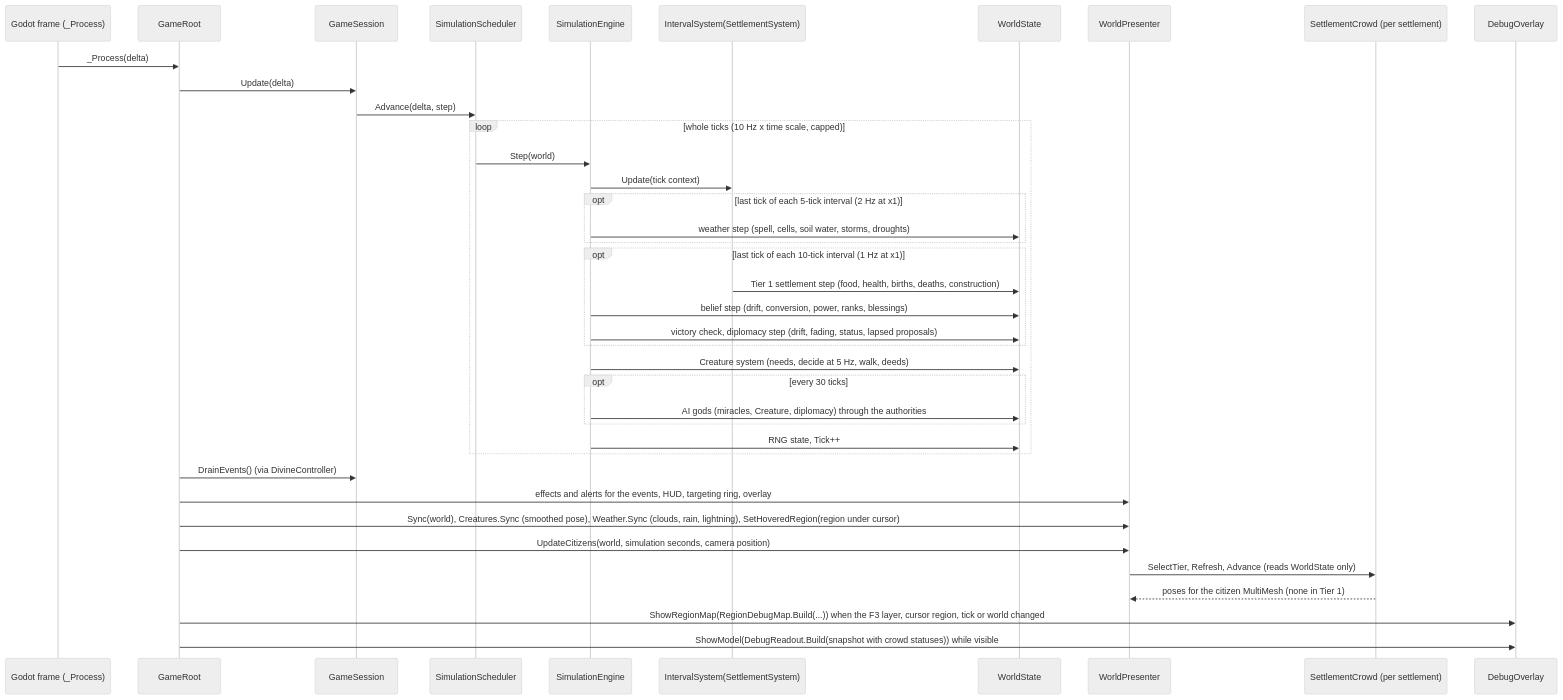
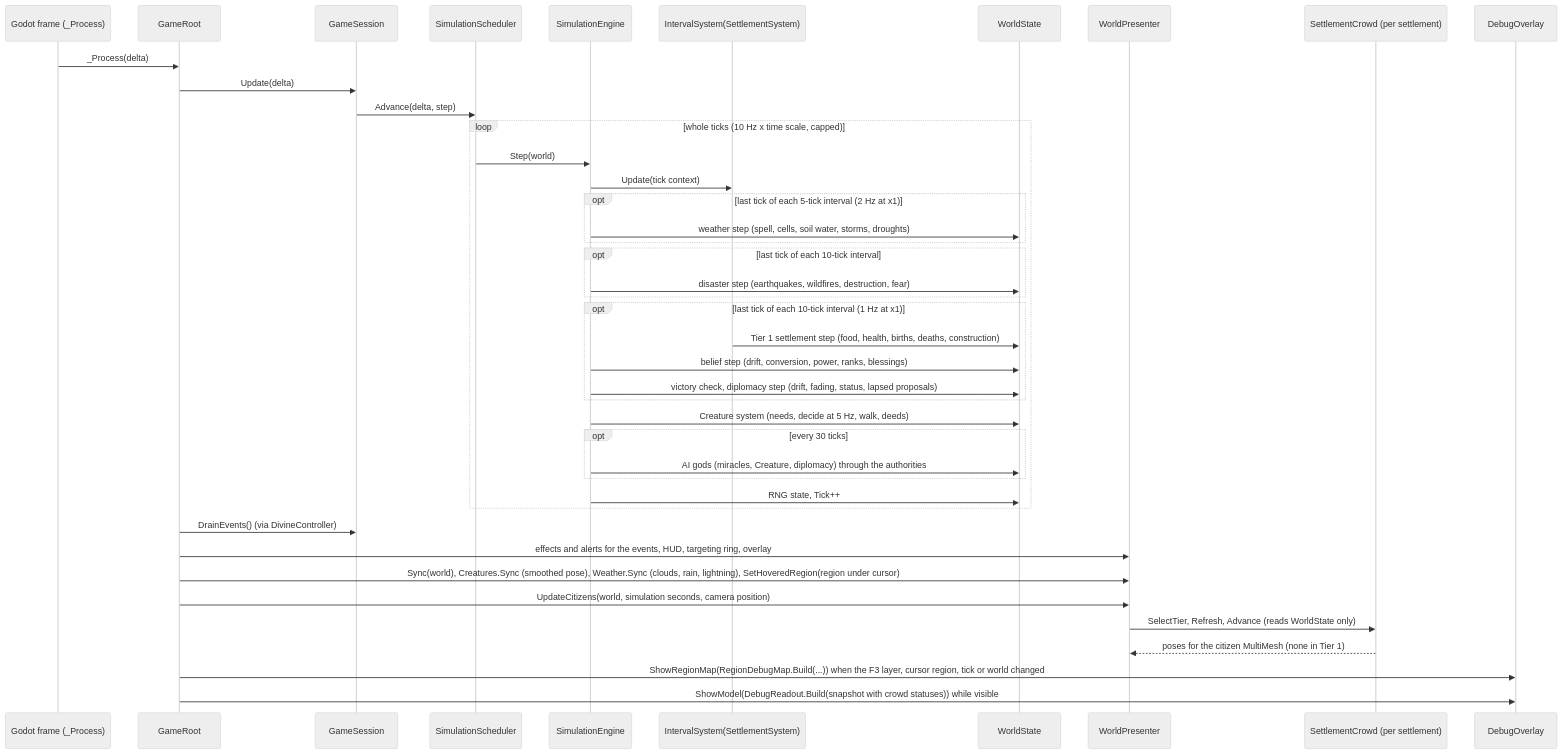
One commit to roeyazroel/pantheon changed the second of 12 diagrams in docs/ARCHITECTURE.md. Above: the diagram before and after it, drawn with Mermaid (neutral theme). The commit also changed other lines of this file and 112 other files, not shown here.

````diff
--- a/docs/ARCHITECTURE.md
+++ b/docs/ARCHITECTURE.md
@@ -368,42 +389,45 @@
 ```mermaid
 sequenceDiagram
     participant Godot as Godot frame (_Process)
     participant Root as GameRoot
     participant Session as GameSession
     participant Sched as SimulationScheduler
     participant Engine as SimulationEngine
     participant Settle as IntervalSystem(SettlementSystem)
     participant State as WorldState
     participant View as WorldPresenter
     participant Crowd as SettlementCrowd (per settlement)
     participant Overlay as DebugOverlay
 
     Godot->>Root: _Process(delta)
     Root->>Session: Update(delta)
     Session->>Sched: Advance(delta, step)
     loop whole ticks (10 Hz x time scale, capped)
         Sched->>Engine: Step(world)
         Engine->>Settle: Update(tick context)
         opt last tick of each 5-tick interval (2 Hz at x1)
             Engine->>State: weather step (spell, cells, soil water, storms, droughts)
         end
+        opt last tick of each 10-tick interval
+            Engine->>State: disaster step (earthquakes, wildfires, destruction, fear)
+        end
         opt last tick of each 10-tick interval (1 Hz at x1)
             Settle->>State: Tier 1 settlement step (food, health, births, deaths, construction)
             Engine->>State: belief step (drift, conversion, power, ranks, blessings)
             Engine->>State: victory check, diplomacy step (drift, fading, status, lapsed proposals)
         end
         Engine->>State: Creature system (needs, decide at 5 Hz, walk, deeds)
         opt every 30 ticks
             Engine->>State: AI gods (miracles, Creature, diplomacy) through the authorities
         end
         Engine->>State: RNG state, Tick++
     end
     Root->>Session: DrainEvents() (via DivineController)
     Root->>View: effects and alerts for the events, HUD, targeting ring, overlay
     Root->>View: Sync(world), Creatures.Sync (smoothed pose), Weather.Sync (clouds, rain, lightning), SetHoveredRegion(region under cursor)
     Root->>View: UpdateCitizens(world, simulation seconds, camera position)
     View->>Crowd: SelectTier, Refresh, Advance (reads WorldState only)
     Crowd-->>View: poses for the citizen MultiMesh (none in Tier 1)
     Root->>Overlay: ShowRegionMap(RegionDebugMap.Build(...)) when the F3 layer, cursor region, tick or world changed
     Root->>Overlay: ShowModel(DebugReadout.Build(snapshot with crowd statuses)) while visible
 ```
````
